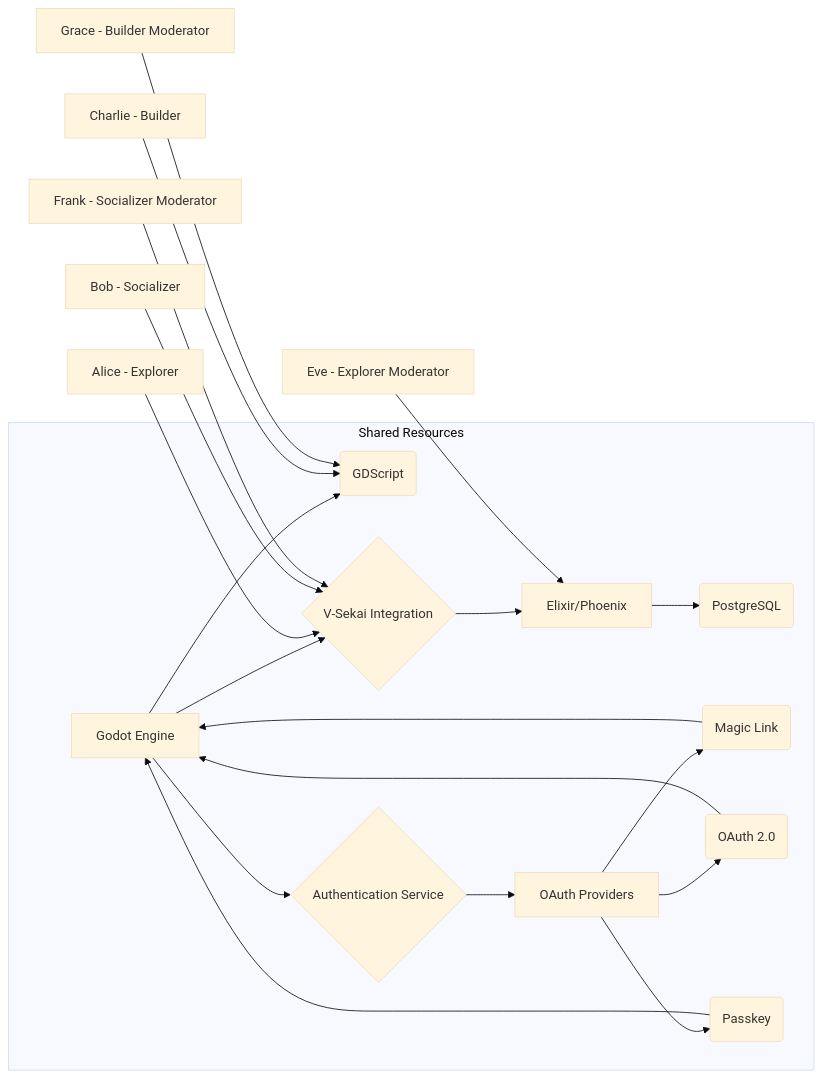
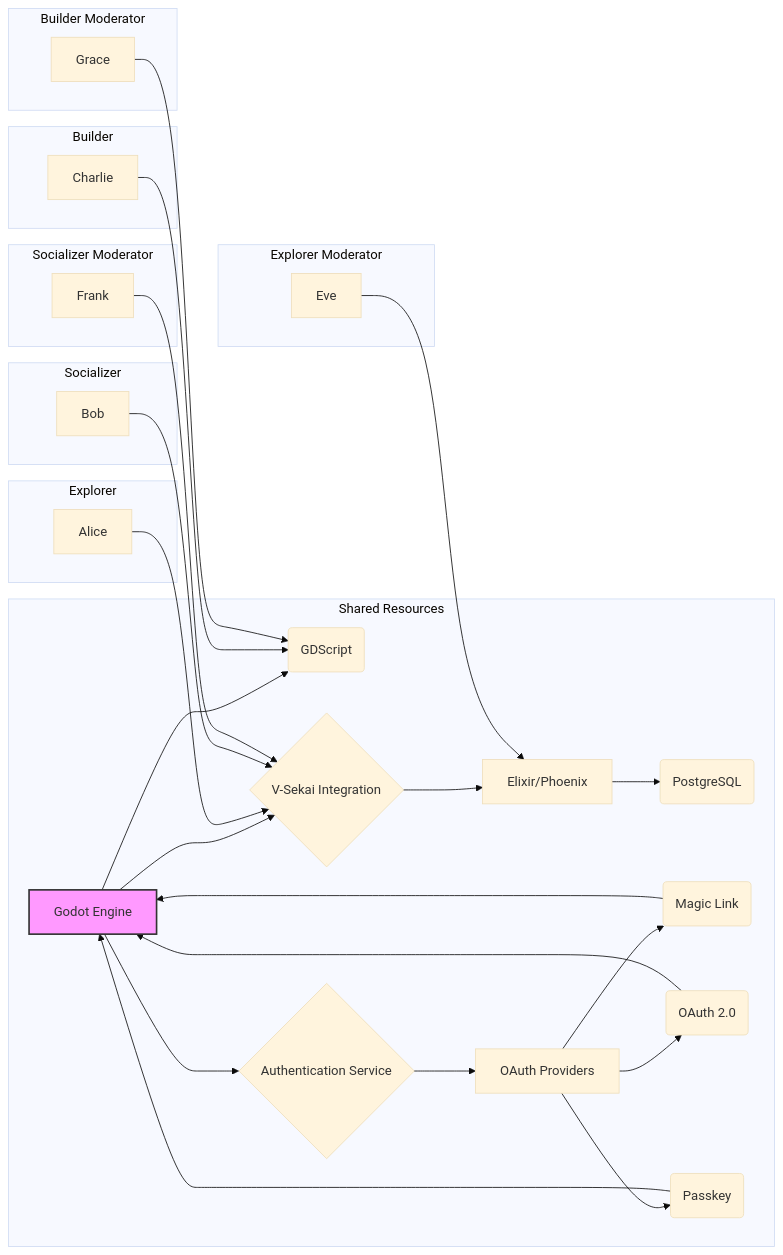
Before and after one commit to V-Sekai/manuals: the diagram in decisions/20241229-one-prototyping-stack.md, drawn with Mermaid (base theme).

Commit message:
Use subgraphs to visually group each persona with their starting node

````diff
--- a/decisions/20241229-one-prototyping-stack.md
+++ b/decisions/20241229-one-prototyping-stack.md
@@ -35,24 +35,38 @@
 ```mermaid
 graph LR
     subgraph "Shared Resources"
         A[Godot Engine] --> B(GDScript)
         A --> C{V-Sekai Integration}
         C --> D[Elixir/Phoenix]
         D --> E(PostgreSQL)
         A --> F{Authentication Service}
         F --> G[OAuth Providers]
         G --> H(Magic Link)
         G --> I(OAuth 2.0)
         G --> J(Passkey)
         H --> A
         I --> A
         J --> A
     end
 
-    M[Alice - Explorer] --> C
-    N[Bob - Socializer] --> C
-    O[Charlie - Builder] --> B
-    Q[Eve - Explorer Moderator] --> D
-    R[Frank - Socializer Moderator] --> C
-    S[Grace - Builder Moderator] --> B
+    subgraph "Explorer"
+        M[Alice] --> C
+    end
+    subgraph "Socializer"
+        N[Bob] --> C
+    end
+    subgraph "Builder"
+        O[Charlie] --> B
+    end
+    subgraph "Explorer Moderator"
+        Q[Eve] --> D
+    end
+    subgraph "Socializer Moderator"
+        R[Frank] --> C
+    end
+    subgraph "Builder Moderator"
+        S[Grace] --> B
+    end
+
+    style A fill:#f9f,stroke:#333,stroke-width:2px
 ```
````
